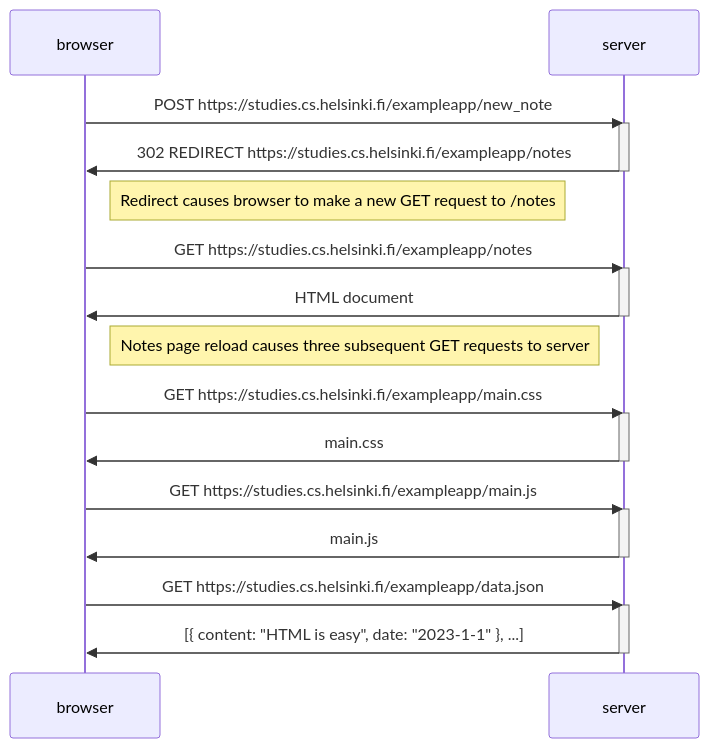
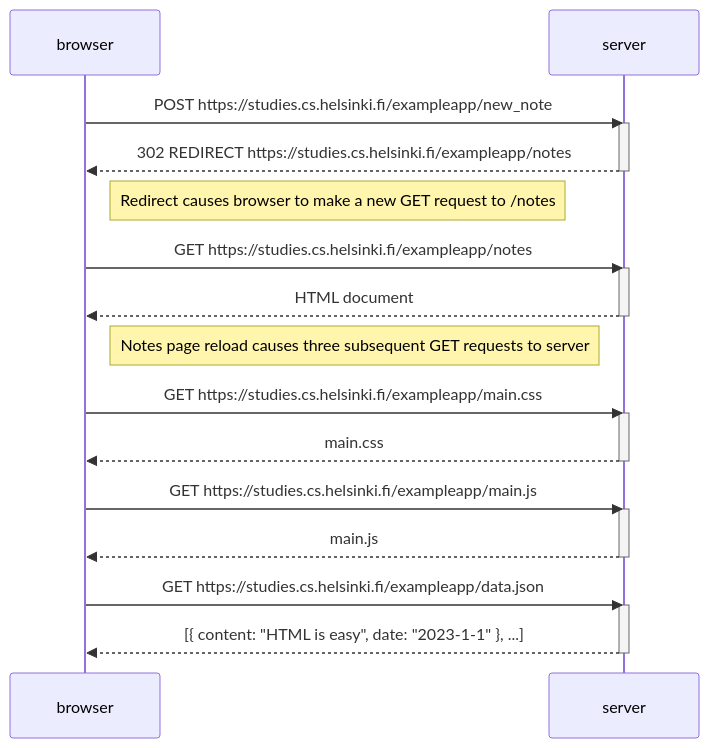
One commit to feelware/fullstackopen changed the diagram in part0/0.4.md. Above: the diagram before and after it, drawn with Mermaid. The commit also changed 2 other files, not shown here.

Commit message:
fix: server -> browser solid arrows to dotted

````diff
--- a/part0/0.4.md
+++ b/part0/0.4.md
@@ -1,34 +1,34 @@
 ```mermaid
 sequenceDiagram
     participant browser
     participant server
 
     browser->>server: POST https://studies.cs.helsinki.fi/exampleapp/new_note
     activate server
-    server->>browser: 302 REDIRECT https://studies.cs.helsinki.fi/exampleapp/notes
+    server-->>browser: 302 REDIRECT https://studies.cs.helsinki.fi/exampleapp/notes
     deactivate server
 
     Note right of browser: Redirect causes browser to make a new GET request to /notes
 
     browser->>server: GET https://studies.cs.helsinki.fi/exampleapp/notes
     activate server
-    server->>browser: HTML document
+    server-->>browser: HTML document
     deactivate server
 
     Note right of browser: Notes page reload causes three subsequent GET requests to server
 
     browser->>server: GET https://studies.cs.helsinki.fi/exampleapp/main.css
     activate server
-    server->>browser: main.css
+    server-->>browser: main.css
     deactivate server
 
     browser->>server: GET https://studies.cs.helsinki.fi/exampleapp/main.js
     activate server
-    server->>browser: main.js
+    server-->>browser: main.js
     deactivate server
 
     browser->>server: GET https://studies.cs.helsinki.fi/exampleapp/data.json
     activate server
-    server->>browser: [{ content: "HTML is easy", date: "2023-1-1" }, ...]
+    server-->>browser: [{ content: "HTML is easy", date: "2023-1-1" }, ...]
     deactivate server
 ```
````
